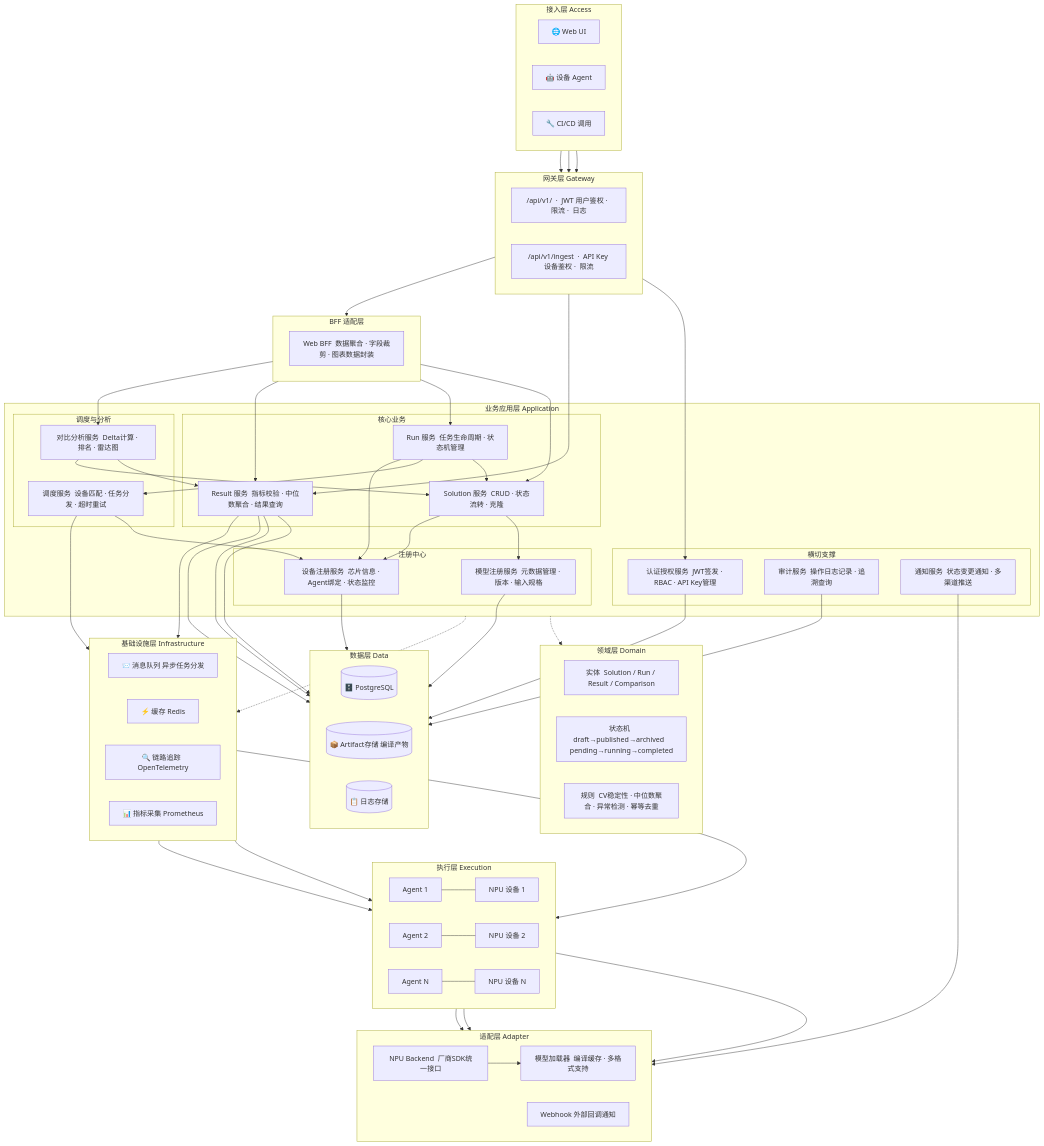
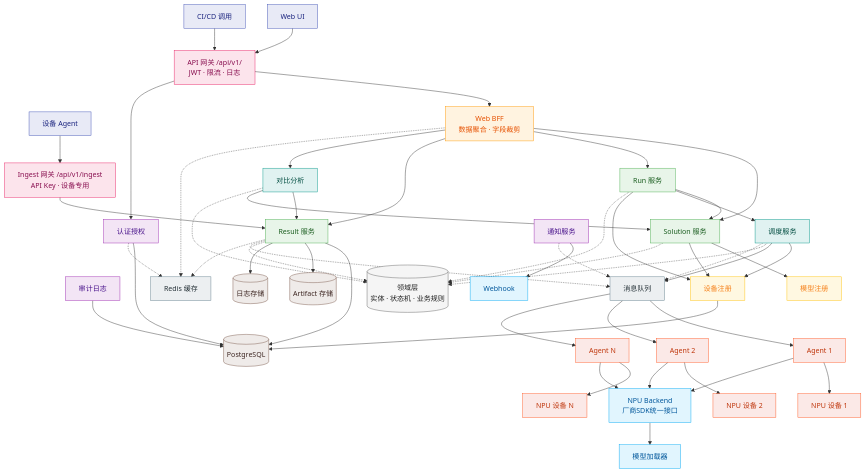
The diagram in NPU设计文档.md (2309724680-cloud/OptHubn), drawn with Mermaid before and after one commit. The commit also changed other lines of this file, not shown here.

Commit message:
docs: simplify architecture diagram with flat layout and color coding

````diff
--- a/NPU设计文档.md
+++ b/NPU设计文档.md
@@ -218,141 +218,105 @@
 ```mermaid
 flowchart TB
+    %% ── 接入层 ──
+    UI["Web UI"]:::access
+    Agent["设备 Agent"]:::access
+    CI["CI/CD 调用"]:::access
 
-subgraph ACCESS["接入层 Access"]
-    direction LR
-    UI["🌐 Web UI"]
-    Agent["🤖 设备 Agent"]
-    CI["🔧 CI/CD 调用"]
-end
+    %% ── 网关层 ──
+    APIGW["API 网关 /api/v1/<br/>JWT · 限流 · 日志"]:::gateway
+    IngestGW["Ingest 网关 /api/v1/ingest<br/>API Key · 设备专用"]:::gateway
 
-subgraph GATEWAY["网关层 Gateway"]
-    direction LR
-    APIGW["/api/v1/  ·  JWT 用户鉴权 ·  限流 ·  日志"]
-    IngestGW["/api/v1/ingest  ·  API Key 设备鉴权 ·  限流"]
-end
+    %% ── BFF ──
+    WebBFF["Web BFF<br/>数据聚合 · 字段裁剪"]:::bff
 
-subgraph BFF["BFF 适配层"]
-    direction LR
-    WebBFF["Web BFF  数据聚合 · 字段裁剪 · 图表数据封装"]
-end
+    %% ── 业务层 ──
+    SolutionSvc["Solution 服务"]:::core
+    RunSvc["Run 服务"]:::core
+    ResultSvc["Result 服务"]:::core
+    Scheduler["调度服务"]:::schedule
+    CompareSvc["对比分析"]:::schedule
+    AuthSvc["认证授权"]:::support
+    AuditSvc["审计日志"]:::support
+    NotifySvc["通知服务"]:::support
+    ModelRegSvc["模型注册"]:::registry
+    DeviceRegSvc["设备注册"]:::registry
 
-subgraph BUSINESS["业务应用层 Application"]
+    %% ── 领域层 ──
+    Domain[("领域层<br/>实体 · 状态机 · 业务规则")]:::domain
 
-    subgraph CORE["核心业务"]
-        SolutionSvc["Solution 服务  CRUD · 状态流转 · 克隆"]
-        RunSvc["Run 服务  任务生命周期 · 状态机管理"]
-        ResultSvc["Result 服务  指标校验 · 中位数聚合 · 结果查询"]
-    end
+    %% ── 基础设施 ──
+    MQ["消息队列"]:::infra
+    Cache["Redis 缓存"]:::infra
 
-    subgraph SCHEDULE["调度与分析"]
-        Scheduler["调度服务  设备匹配 · 任务分发 · 超时重试"]
-        CompareSvc["对比分析服务  Delta计算 · 排名 · 雷达图"]
-    end
+    %% ── 适配层 ──
+    Backend["NPU Backend<br/>厂商SDK统一接口"]:::adapter
+    Loader["模型加载器"]:::adapter
+    Webhook["Webhook"]:::adapter
 
-    subgraph SUPPORT["横切支撑"]
-        AuthSvc["认证授权服务  JWT签发 · RBAC · API Key管理"]
-        AuditSvc["审计服务  操作日志记录 · 追溯查询"]
-        NotifySvc["通知服务  状态变更通知 · 多渠道推送"]
-    end
+    %% ── 数据层 ──
+    DB[("PostgreSQL")]:::data
+    Artifact[("Artifact 存储")]:::data
+    LogStore[("日志存储")]:::data
 
-    subgraph REGISTRY["注册中心"]
-        ModelRegSvc["模型注册服务  元数据管理 · 版本 · 输入规格"]
-        DeviceRegSvc["设备注册服务  芯片信息 · Agent绑定 · 状态监控"]
-    end
-end
+    %% ── 执行层 ──
+    NPU1["NPU 设备 1"]:::exec
+    NPU2["NPU 设备 2"]:::exec
+    NPUN["NPU 设备 N"]:::exec
+    A1["Agent 1"]:::exec
+    A2["Agent 2"]:::exec
+    AN["Agent N"]:::exec
 
-subgraph DOMAIN["领域层 Domain"]
-    direction LR
-    Entity["实体  Solution / Run / Result / Comparison"]
-    State["状态机  draft→published→archived   pending→running→completed"]
-    Rule["规则  CV稳定性 · 中位数聚合 · 异常检测 · 幂等去重"]
-end
+    %% ═══ 连接 ═══
 
-subgraph INFRA["基础设施层 Infrastructure"]
-    direction LR
-    MQ["📨 消息队列  异步任务分发"]
-    Cache["⚡ 缓存  Redis"]
-    Trace["🔍 链路追踪  OpenTelemetry"]
-    Monitor["📊 指标采集  Prometheus"]
-end
+    %% 接入 → 网关
+    UI & CI --> APIGW
+    Agent --> IngestGW
 
-subgraph ADAPTER["适配层 Adapter"]
-    direction LR
-    Backend["NPU Backend  厂商SDK统一接口"]
-    Loader["模型加载器  编译缓存 · 多格式支持"]
-    Webhook["Webhook  外部回调通知"]
-end
+    %% 网关分发
+    APIGW --> WebBFF
+    APIGW --> AuthSvc
+    IngestGW --> ResultSvc
 
-subgraph DATA["数据层 Data"]
-    direction LR
-    DB[("🗄️ PostgreSQL")]
-    Artifact[("📦 Artifact存储  编译产物")]
-    LogStore[("📋 日志存储")]
-end
+    %% BFF → 业务
+    WebBFF --> SolutionSvc & RunSvc & ResultSvc & CompareSvc
 
-subgraph EXEC["执行层 Execution"]
-    direction LR
-    A1["Agent 1"] --- NPU1["NPU 设备 1"]
-    A2["Agent 2"] --- NPU2["NPU 设备 2"]
-    AN["Agent N"] --- NPUN["NPU 设备 N"]
-end
+    %% 业务内部编排
+    RunSvc --> SolutionSvc & Scheduler & DeviceRegSvc
+    Scheduler --> DeviceRegSvc --> DB
+    Scheduler --> MQ
+    CompareSvc --> ResultSvc & SolutionSvc
+    SolutionSvc --> ModelRegSvc & DeviceRegSvc
 
-%% ===== 接入 → 网关 =====
-UI --> APIGW
-CI --> APIGW
-Agent --> IngestGW
+    %% 支撑服务
+    AuthSvc & AuditSvc --> DB
+    NotifySvc --> Webhook
 
-%% ===== 网关 → BFF / Auth =====
-APIGW --> AuthSvc
-APIGW --> WebBFF
+    %% MQ → Agent → NPU
+    MQ --> A1 & A2 & AN
+    A1 --> NPU1
+    A2 --> NPU2
+    AN --> NPUN
+    A1 & A2 & AN --> Backend --> Loader
 
-%% ===== BFF → 核心业务 =====
-WebBFF --> SolutionSvc
-WebBFF --> RunSvc
-WebBFF --> ResultSvc
-WebBFF --> CompareSvc
+    %% 数据写入
+    ResultSvc --> DB & Artifact & LogStore
 
-%% ===== Ingest 网关 → Result =====
-IngestGW --> ResultSvc
+    %% 跨层
+    SolutionSvc & RunSvc & ResultSvc & Scheduler & CompareSvc -.-> Domain
+    Scheduler & NotifySvc & ResultSvc -.-> MQ
+    WebBFF & ResultSvc & AuthSvc -.-> Cache
 
-%% ===== 业务服务内部编排 =====
-RunSvc --> SolutionSvc
-RunSvc --> Scheduler
-RunSvc --> DeviceRegSvc
-Scheduler --> DeviceRegSvc
-Scheduler --> MQ
-ResultSvc --> MQ
-CompareSvc --> ResultSvc
-CompareSvc --> SolutionSvc
-
-%% ===== 注册中心 =====
-SolutionSvc --> ModelRegSvc
-SolutionSvc --> DeviceRegSvc
-ModelRegSvc --> DB
-DeviceRegSvc --> DB
-
-%% ===== 支撑服务 =====
-AuthSvc --> DB
-AuditSvc --> DB
-NotifySvc --> Webhook
-
-%% ===== 异步通道：MQ → Agent =====
-MQ --> A1
-MQ --> A2
-MQ --> AN
-
-%% ===== Agent → NPU =====
-A1 --> Backend
-A2 --> Backend
-AN --> Backend
-Backend --> Loader
-
-%% ===== 数据写入 =====
-ResultSvc --> DB
-ResultSvc --> Artifact
-ResultSvc --> LogStore
-
-%% ===== 跨层依赖 =====
-BUSINESS -.-> DOMAIN
-BUSINESS -.-> INFRA
+    %% ═══ 样式 ═══
+    classDef access fill:#e8eaf6,stroke:#3f51b5,color:#1a237e
+    classDef gateway fill:#fce4ec,stroke:#e91e63,color:#880e4f
+    classDef bff fill:#fff3e0,stroke:#ff9800,color:#e65100
+    classDef core fill:#e8f5e9,stroke:#4caf50,color:#1b5e20
+    classDef schedule fill:#e0f2f1,stroke:#009688,color:#004d40
+    classDef support fill:#f3e5f5,stroke:#9c27b0,color:#4a148c
+    classDef registry fill:#fff8e1,stroke:#ffc107,color:#f57f17
+    classDef domain fill:#f5f5f5,stroke:#616161,color:#212121
+    classDef infra fill:#eceff1,stroke:#607d8b,color:#263238
+    classDef adapter fill:#e1f5fe,stroke:#03a9f4,color:#01579b
+    classDef data fill:#efebe9,stroke:#795548,color:#3e2723
+    classDef exec fill:#fbe9e7,stroke:#ff5722,color:#bf360c
 ```
````
